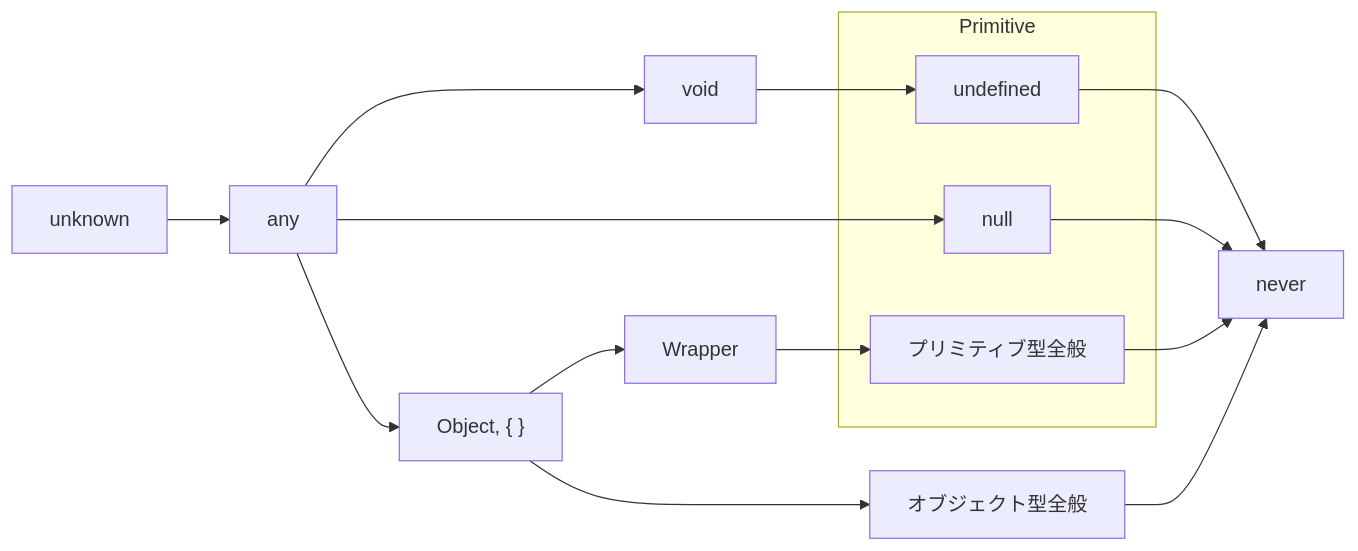
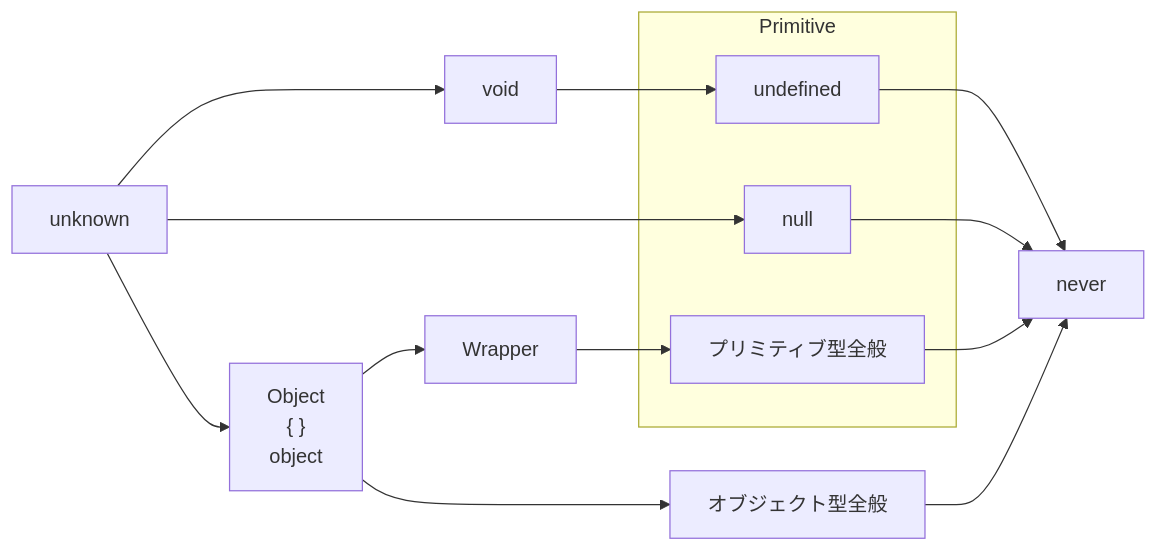
One commit to yo-goto/zenn-public-repo changed the sixth of 10 diagrams in articles/typescript-type-set-hierarchy.md. Above: the diagram before and after it, drawn with Mermaid. The commit also changed other lines of this file, not shown here.

````diff
--- a/articles/typescript-type-set-hierarchy.md
+++ b/articles/typescript-type-set-hierarchy.md
@@ -710,21 +726,19 @@
 ```mermaid
 graph LR
   U[unknown]
   N[never]
-  A[any]
   V[void]
-  O["Object, { }"]
+  O["Object\n { }\n object"]
   W[Wrapper]
   subgraph Primitive
     u[undefined]
     n[null]
     P[プリミティブ型全般]
   end
   objs[オブジェクト型全般]
-  U --> A
-  A --> V --> u --> N
-  A --> n --> N
-  A --> O --> W
+  U --> V --> u --> N
+  U --> n --> N
+  U --> O --> W
   W --> P --> N
   O --> objs --> N
 ```
````
